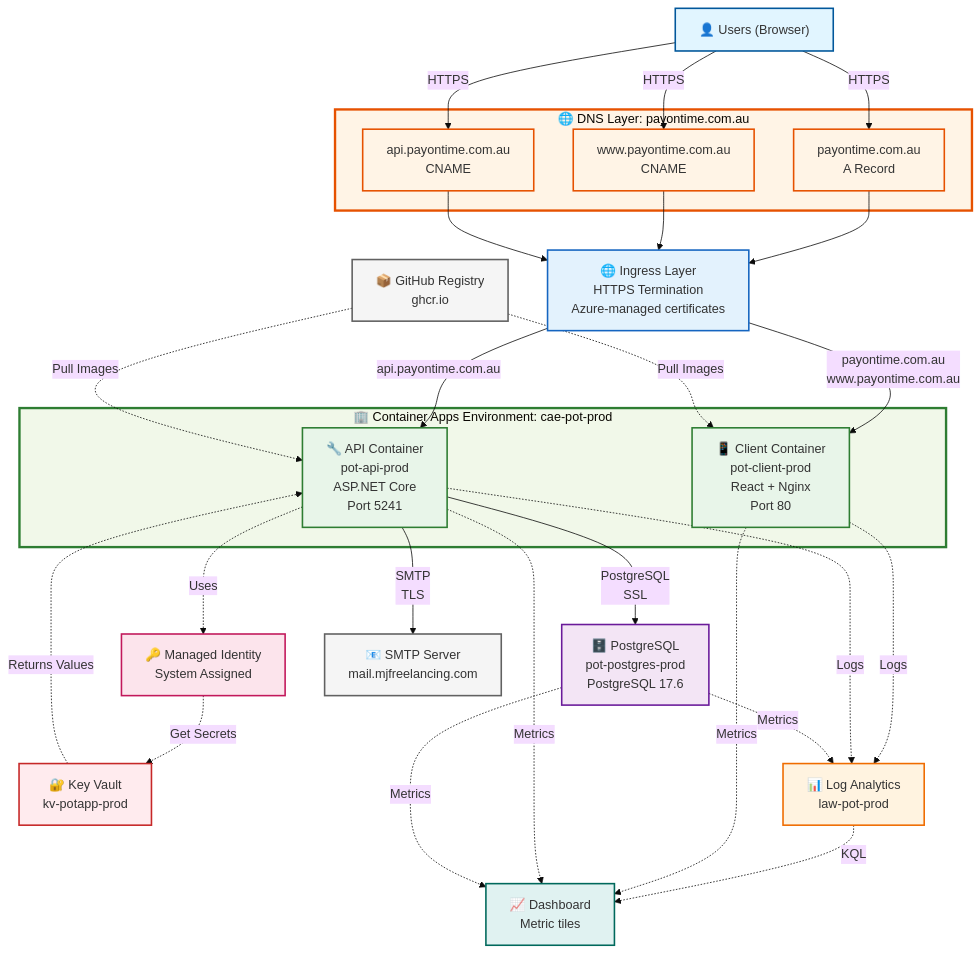
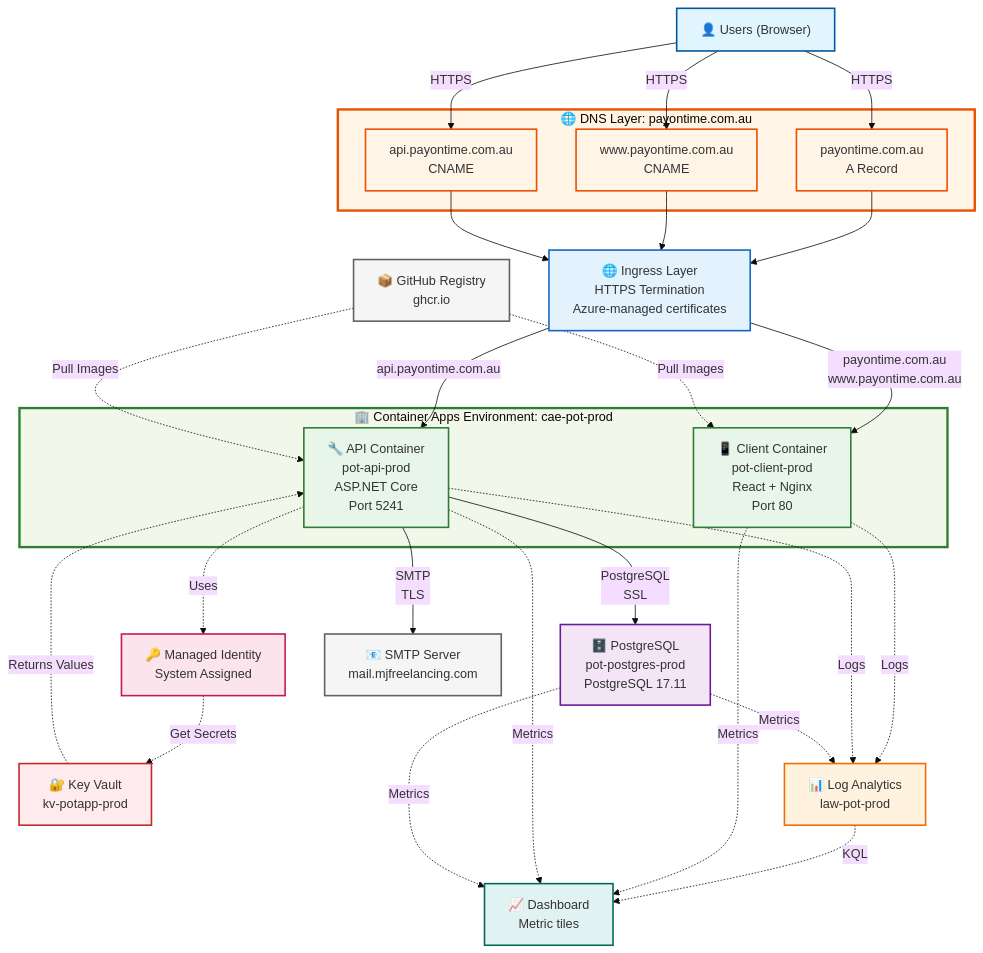
One commit to mjfreelancing/POT changed the diagram in Docs/reference/diagrams/pot_azure_diagram.mmd. Above: the diagram before and after it, drawn with Mermaid. The commit also changed 2 other files, not shown here.

Commit message:
Correct the Azure diagram's PostgreSQL version and fix the render recipe
Production runs PostgreSQL 17.11, confirmed by the owner. The deployment
diagram still labelled it 17.6 — the repository's only source for that
version — so the label is corrected and the PNG regenerated to match.

The mmd2png skill recorded a render command that cannot run: mermaid-cli 12
replaced the -w/-H pair with a single --size. It now says --size, and records
the Windows fix for a browser that fails to launch (0xC0000005): point
Puppeteer at an installed Chrome through a -p config file.

```diff
--- a/Docs/reference/diagrams/pot_azure_diagram.mmd
+++ b/Docs/reference/diagrams/pot_azure_diagram.mmd
@@ -1,76 +1,76 @@
 %%{init: {'theme':'base', 'themeVariables': { 'fontSize':'16px'}}}%%
 graph TB
     Users["👤 Users (Browser)"]
     
     subgraph DNSLayer["🌐 DNS Layer: payontime.com.au"]
         Domain["payontime.com.au<br/>A Record"]
         WWW["www.payontime.com.au<br/>CNAME"]
         API["api.payontime.com.au<br/>CNAME"]
     end
     
     Ingress["🌐 Ingress Layer<br/>HTTPS Termination<br/>Azure-managed certificates"]
     
     subgraph CAE["🏢 Container Apps Environment: cae-pot-prod"]
         Client["📱 Client Container<br/>pot-client-prod<br/>React + Nginx<br/>Port 80"]
         APIContainer["🔧 API Container<br/>pot-api-prod<br/>ASP.NET Core<br/>Port 5241"]
     end
     
-    DB["🗄️ PostgreSQL<br/>pot-postgres-prod<br/>PostgreSQL 17.6"]
+    DB["🗄️ PostgreSQL<br/>pot-postgres-prod<br/>PostgreSQL 17.11"]
     
     KV["🔐 Key Vault<br/>kv-potapp-prod"]
     
     MI["🔑 Managed Identity<br/>System Assigned"]
     
     LAW["📊 Log Analytics<br/>law-pot-prod"]
     
     Dashboard["📈 Dashboard<br/>Metric tiles"]
     
     SMTP["📧 SMTP Server<br/>mail.mjfreelancing.com"]
     GHCR["📦 GitHub Registry<br/>ghcr.io"]
 
     Users -->|HTTPS| Domain
     Users -->|HTTPS| WWW
     Users -->|HTTPS| API
 
     Domain --> Ingress
     WWW --> Ingress
     API --> Ingress
 
     Ingress -->|"payontime.com.au<br/>www.payontime.com.au"| Client
     Ingress -->|"api.payontime.com.au"| APIContainer
 
     APIContainer -->|PostgreSQL<br/>SSL| DB
     APIContainer -->|SMTP<br/>TLS| SMTP
 
     APIContainer -.->|Uses| MI
     MI -.->|Get Secrets| KV
     KV -.->|Returns Values| APIContainer
 
     Client -.->|Logs| LAW
     APIContainer -.->|Logs| LAW
     DB -.->|Metrics| LAW
 
     LAW -.->|KQL| Dashboard
     Client -.->|Metrics| Dashboard
     APIContainer -.->|Metrics| Dashboard
     DB -.->|Metrics| Dashboard
 
     GHCR -.->|Pull Images| Client
     GHCR -.->|Pull Images| APIContainer
 
     style Users fill:#e1f5ff,stroke:#01579b,stroke-width:2px
     style Domain fill:#fff4e6,stroke:#e65100,stroke-width:2px
     style WWW fill:#fff4e6,stroke:#e65100,stroke-width:2px
     style API fill:#fff4e6,stroke:#e65100,stroke-width:2px
     style Client fill:#e8f5e9,stroke:#2e7d32,stroke-width:2px
     style APIContainer fill:#e8f5e9,stroke:#2e7d32,stroke-width:2px
     style DB fill:#f3e5f5,stroke:#6a1b9a,stroke-width:2px
     style KV fill:#ffebee,stroke:#c62828,stroke-width:2px
     style LAW fill:#fff3e0,stroke:#ef6c00,stroke-width:2px
     style Dashboard fill:#e0f2f1,stroke:#00695c,stroke-width:2px
     style MI fill:#fce4ec,stroke:#c2185b,stroke-width:2px
     style SMTP fill:#f5f5f5,stroke:#616161,stroke-width:2px
     style GHCR fill:#f5f5f5,stroke:#616161,stroke-width:2px
     style Ingress fill:#e3f2fd,stroke:#1565c0,stroke-width:2px
     style CAE fill:#f1f8e9,stroke:#2e7d32,stroke-width:3px
     style DNSLayer fill:#fff4e6,stroke:#e65100,stroke-width:3px
```
